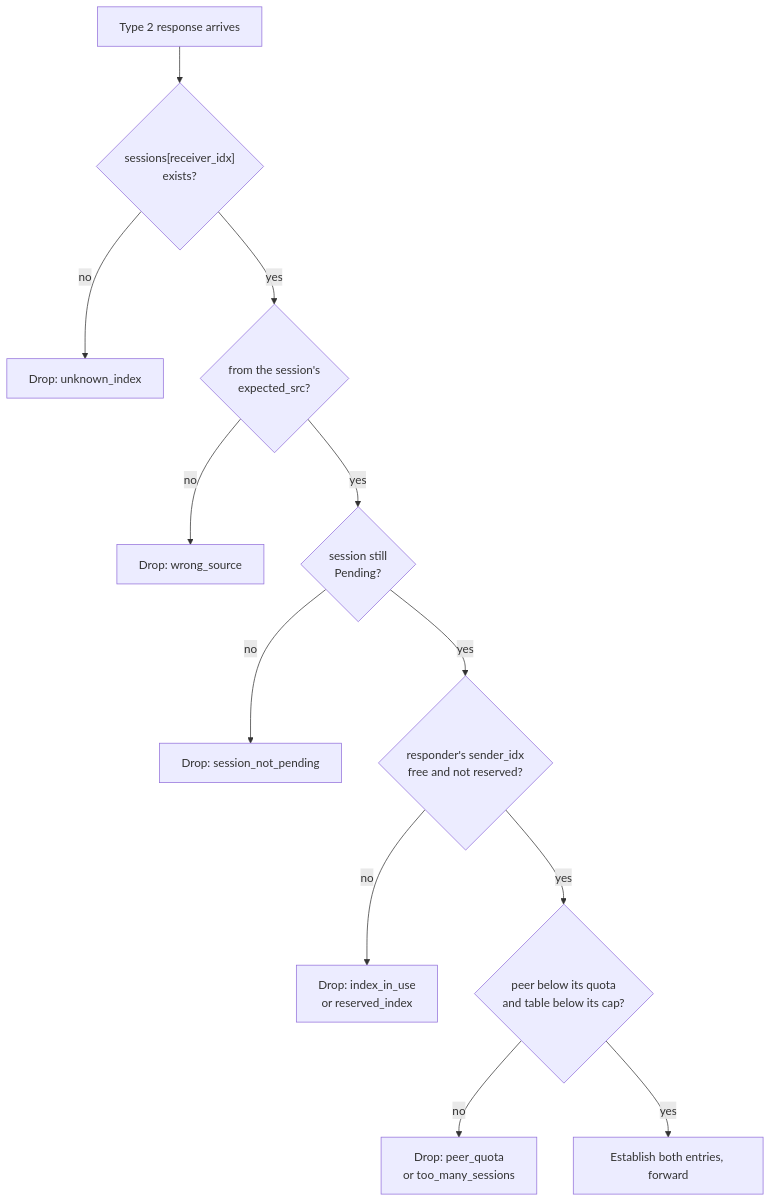
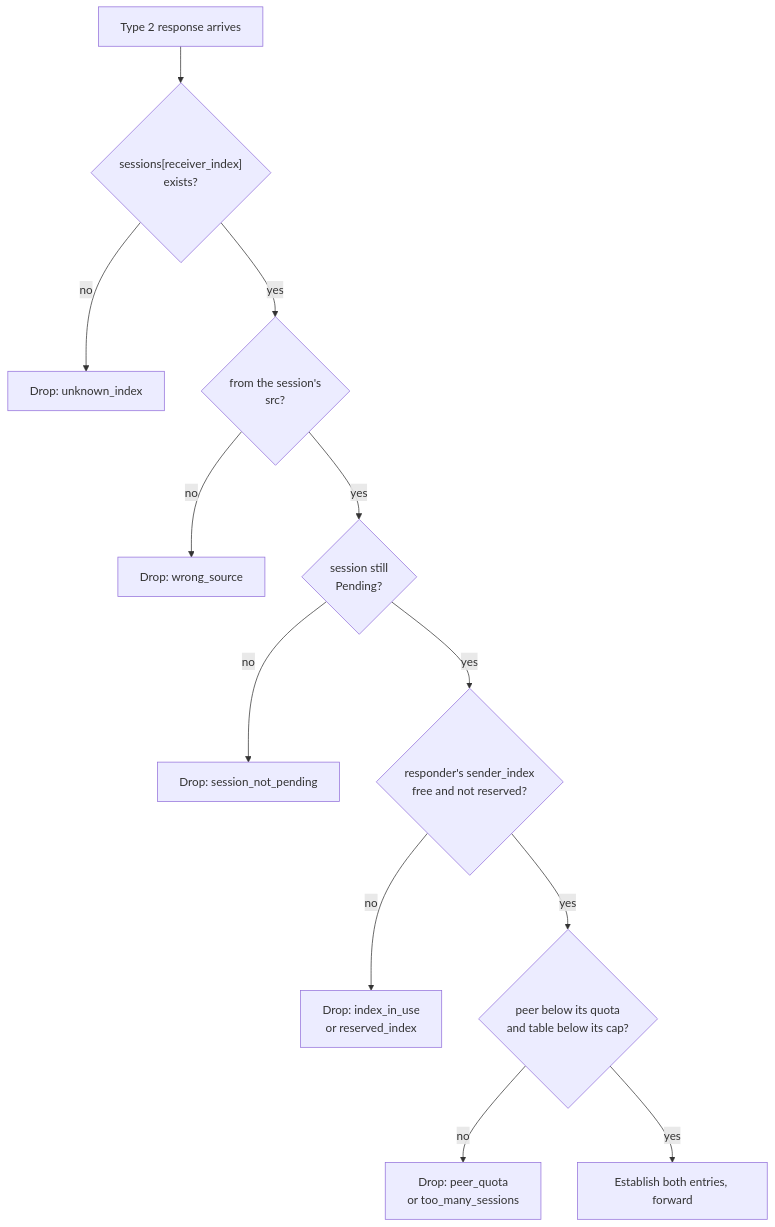
Before and after one commit to 3alpha/wg-relay: diagram 14 of 23 in docs/how-it-works.md, drawn with Mermaid. The commit also changed other lines of this file and 46 other files, not shown here.

````diff
--- a/docs/how-it-works.md
+++ b/docs/how-it-works.md
@@ -498,14 +500,14 @@
 ```mermaid
 flowchart TD
-    A["Type 2 response arrives"] --> B{"sessions[receiver_idx]<br/>exists?"}
+    A["Type 2 response arrives"] --> B{"sessions[receiver_index]<br/>exists?"}
     B -- no --> X1["Drop: unknown_index"]
-    B -- yes --> C{"from the session's<br/>expected_src?"}
+    B -- yes --> C{"from the session's<br/>src?"}
     C -- no --> X2["Drop: wrong_source"]
     C -- yes --> P{"session still<br/>Pending?"}
     P -- no --> X3["Drop: session_not_pending"]
-    P -- yes --> I{"responder's sender_idx<br/>free and not reserved?"}
+    P -- yes --> I{"responder's sender_index<br/>free and not reserved?"}
     I -- no --> X4["Drop: index_in_use<br/>or reserved_index"]
     I -- yes --> Q{"peer below its quota<br/>and table below its cap?"}
     Q -- no --> X5["Drop: peer_quota<br/>or too_many_sessions"]
     Q -- yes --> OK["Establish both entries, forward"]
 ```
````
